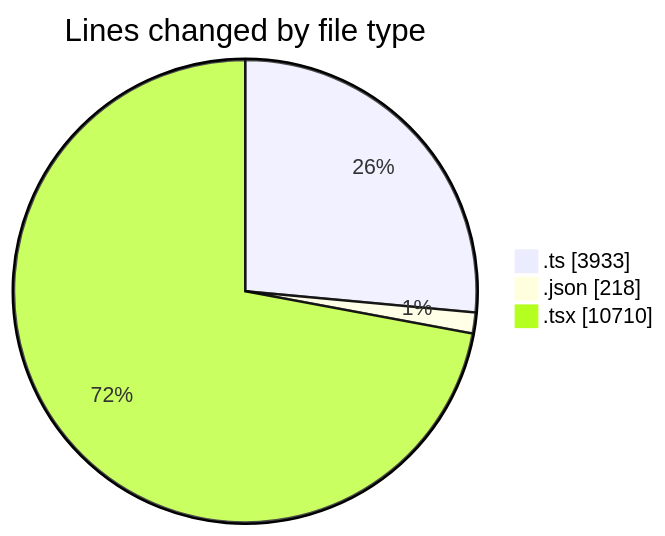
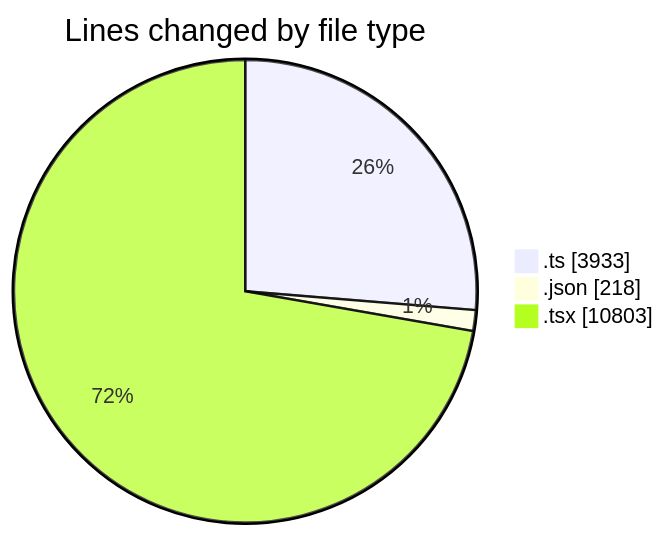
The first of 2 diagrams in 2026-03-16/nxtqube_webapp/README.md (nxtqubesakshisongat/code-tracking), drawn with Mermaid before and after one commit. The commit also changed other lines of this file and 1 other file, not shown here.

````diff
--- a/2026-03-16/nxtqube_webapp/README.md
+++ b/2026-03-16/nxtqube_webapp/README.md
@@ -57,7 +57,7 @@
 ```mermaid
 pie showData
 title Lines changed by file type
 ".ts" : 3933
 ".json" : 218
-".tsx" : 10710
+".tsx" : 10803
 ```
````
